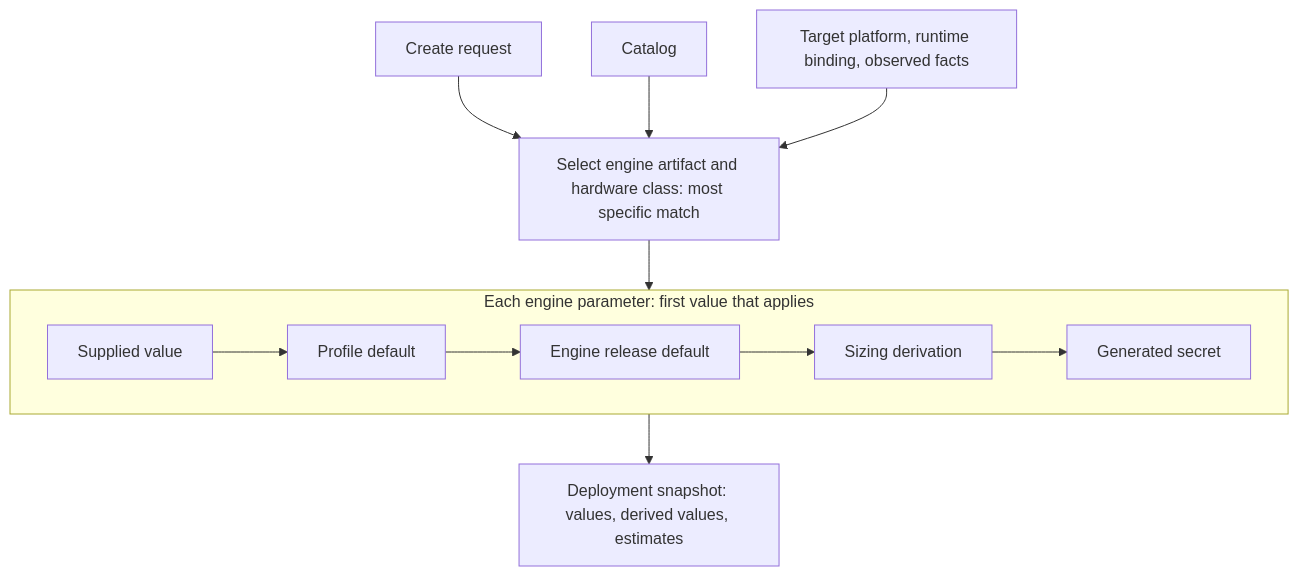
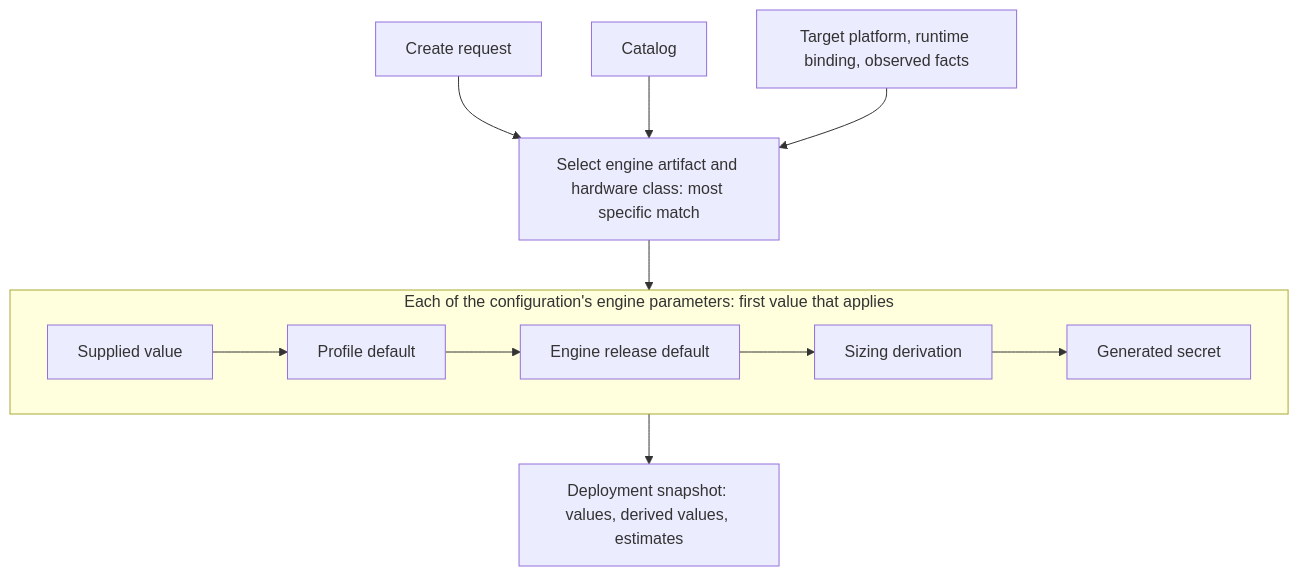
The second of 6 diagrams in docs/specs/models.md (dotcoreai/dotcore), drawn with Mermaid before and after one commit. The commit also changed other lines of this file and 3 other files, not shown here.

Commit message:
docs(*): describe configuration-scoped engine parameters

````diff
--- a/docs/specs/models.md
+++ b/docs/specs/models.md
@@ -55,12 +55,12 @@
 ```mermaid
 flowchart TB
   REQ["Create request"] --> SEL["Select engine artifact and hardware class: most specific match"]
   CAT["Catalog"] --> SEL
   FACTS["Target platform, runtime binding, observed facts"] --> SEL
   SEL --> MERGE
-  subgraph MERGE["Each engine parameter: first value that applies"]
+  subgraph MERGE["Each of the configuration's engine parameters: first value that applies"]
     S1["Supplied value"] --> S2["Profile default"] --> S3["Engine release default"]
     S3 --> S4["Sizing derivation"] --> S5["Generated secret"]
   end
   MERGE --> SNAP["Deployment snapshot: values, derived values, estimates"]
 ```
````
